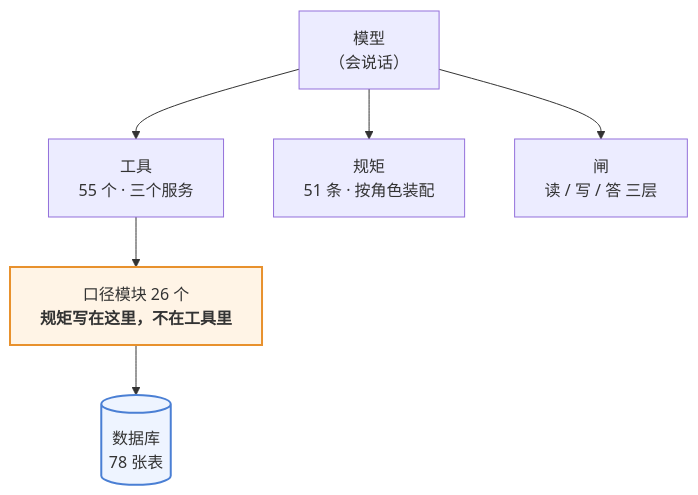
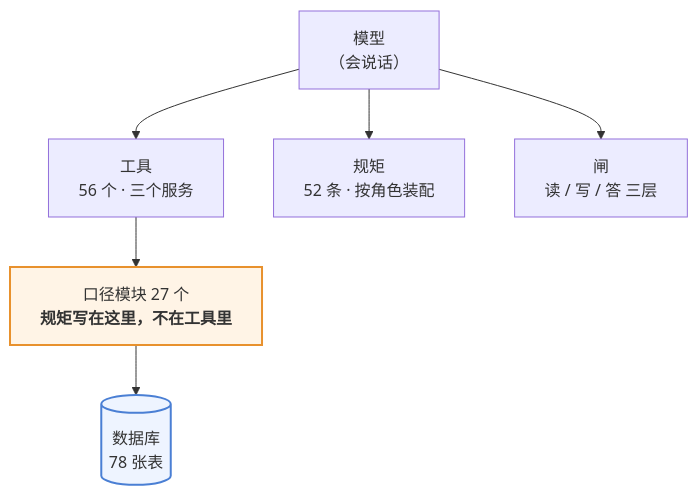
One commit to 843773296-rgb/lanxiu-yunshang-agent changed the first of 3 diagrams in 澜绣云裳agent-产品说明.md. Above: the diagram before and after it, drawn with Mermaid. The commit also changed other lines of this file and 17 other files, not shown here.

````diff
--- a/澜绣云裳agent-产品说明.md
+++ b/澜绣云裳agent-产品说明.md
@@ -62,12 +62,12 @@
 ```mermaid
 flowchart TD
     M["模型<br/>（会说话）"]
-    M --> T["工具<br/>55 个 · 三个服务"]
-    M --> R["规矩<br/>51 条 · 按角色装配"]
+    M --> T["工具<br/>56 个 · 三个服务"]
+    M --> R["规矩<br/>52 条 · 按角色装配"]
     M --> G["闸<br/>读 / 写 / 答 三层"]
-    T --> K["口径模块 26 个<br/><b>规矩写在这里，不在工具里</b>"]
+    T --> K["口径模块 27 个<br/><b>规矩写在这里，不在工具里</b>"]
     K --> DB[("数据库<br/>78 张表")]
 
     style K fill:#fff4e6,stroke:#e8912d,stroke-width:2px
     style DB fill:#eef4ff,stroke:#4a7fd4,stroke-width:2px
 ```
````
